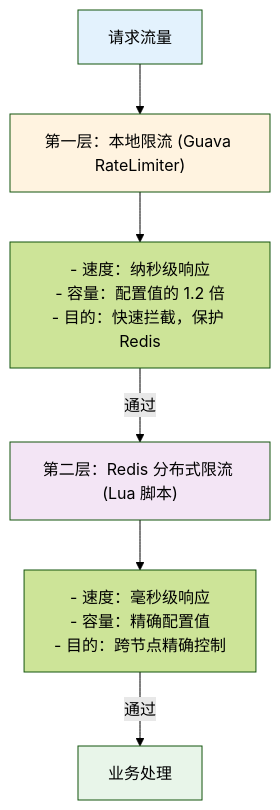
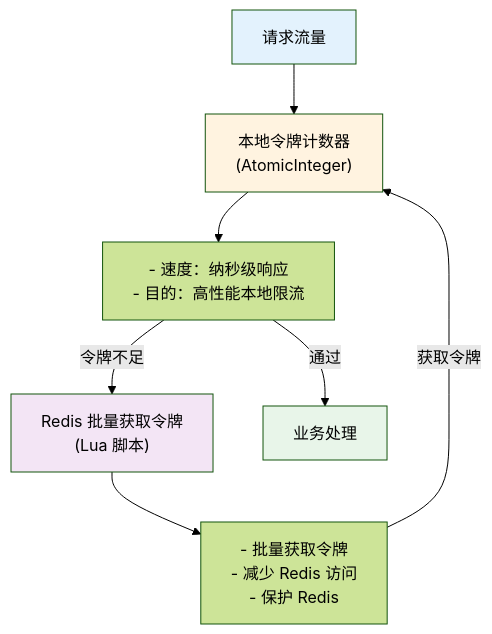
One commit to 1973034392/api-gateway-codelong changed the second of 3 diagrams in docs/项目文档/核心服务/10.1 分布式限流器-设计理念与架构.md. Above: the diagram before and after it, drawn with Mermaid (forest theme). The commit also changed other lines of this file and 12 other files, not shown here.

````diff
--- a/docs/项目文档/核心服务/10.1 分布式限流器-设计理念与架构.md
+++ b/docs/项目文档/核心服务/10.1 分布式限流器-设计理念与架构.md
@@ -18,23 +45,21 @@
 ```mermaid
 graph TB
     A[请求流量]
-
-    B["第一层：本地限流 (Guava RateLimiter)"]
-    B1["- 速度：纳秒级响应<br/>- 容量：配置值的 1.2 倍<br/>- 目的：快速拦截，保护 Redis"]
-
-    C["第二层：Redis 分布式限流 (Lua 脚本)"]
-    C1["- 速度：毫秒级响应<br/>- 容量：精确配置值<br/>- 目的：跨节点精确控制"]
-
+    B["本地令牌计数器<br/>(AtomicInteger)"]
+    B1["- 速度：纳秒级响应<br/>- 目的：高性能本地限流"]
+    C["Redis 批量获取令牌<br/>(Lua 脚本)"]
+    C1["- 批量获取令牌<br/>- 减少 Redis 访问<br/>- 保护 Redis"]
     D[业务处理]
 
     A --> B
     B --> B1
-    B1 -->|通过| C
+    B1 -->|令牌不足| C
     C --> C1
-    C1 -->|通过| D
+    C1 -->|获取令牌| B
+    B1 -->|通过| D
 
     style A fill:#e3f2fd
     style B fill:#fff3e0
     style C fill:#f3e5f5
     style D fill:#e8f5e9
 ```
````
